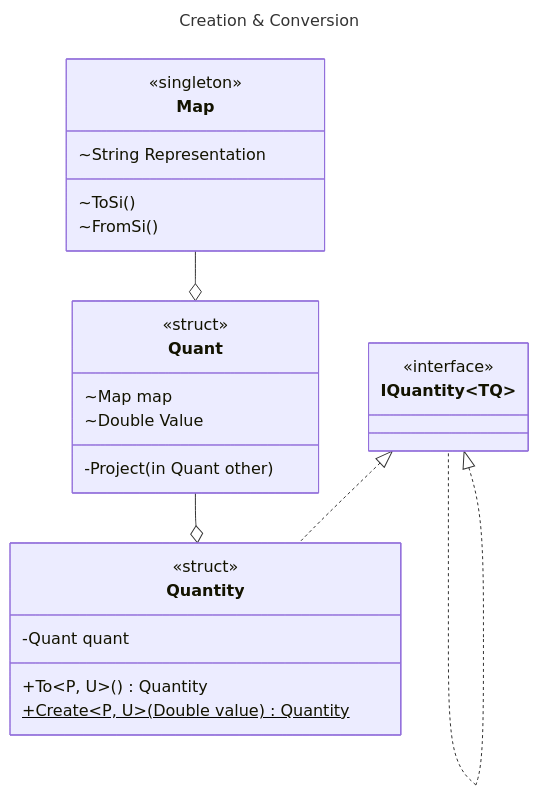
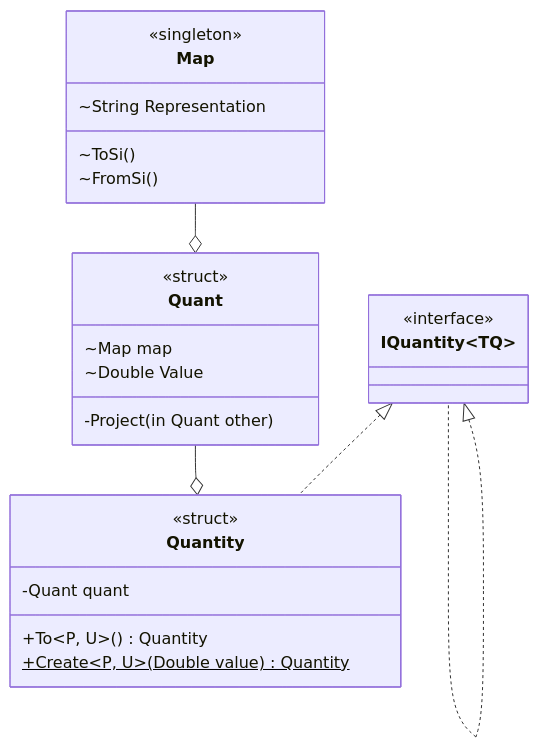
Before and after one commit to atmoos/Quantities: the second of 2 diagrams in architecture/Architecture.md, drawn with Mermaid. The commit also changed other lines of this file and 1 other file, not shown here.

````diff
--- a/architecture/Architecture.md
+++ b/architecture/Architecture.md
@@ -38,31 +107,28 @@
 ```mermaid
----
-title: Creation & Conversion
----
 classDiagram
     IQuantity~TQ~ <|.. Quantity
     IQuantity~TQ~ <|.. IQuantity~TQ~
     Quant --o Quantity
     Map --o Quant
     class IQuantity~TQ~{
         <<interface>>
     }
     class Quantity{
         <<struct>>
         -Quant quant
         +To#lt;P, U#gt;() Quantity
         +Create#lt;P, U#gt;(Double value)$ Quantity
     }
     class Quant{
         <<struct>>
         ~Map map
         ~Double Value
         -Project(in Quant other)
     }
     class Map{
         <<singleton>>
         ~String Representation
         ~ToSi()
         ~FromSi()
     }
 ```
````
